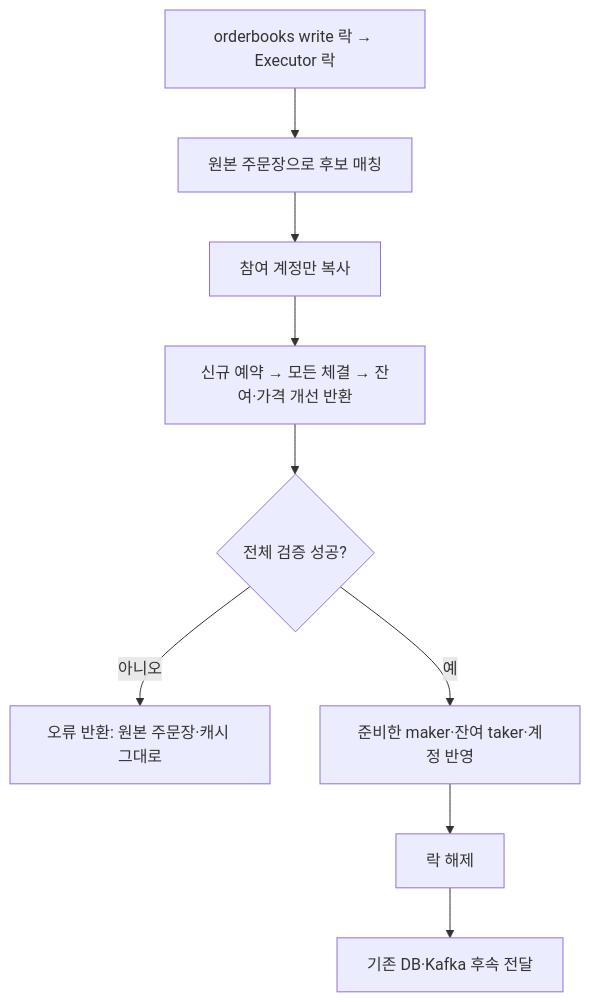
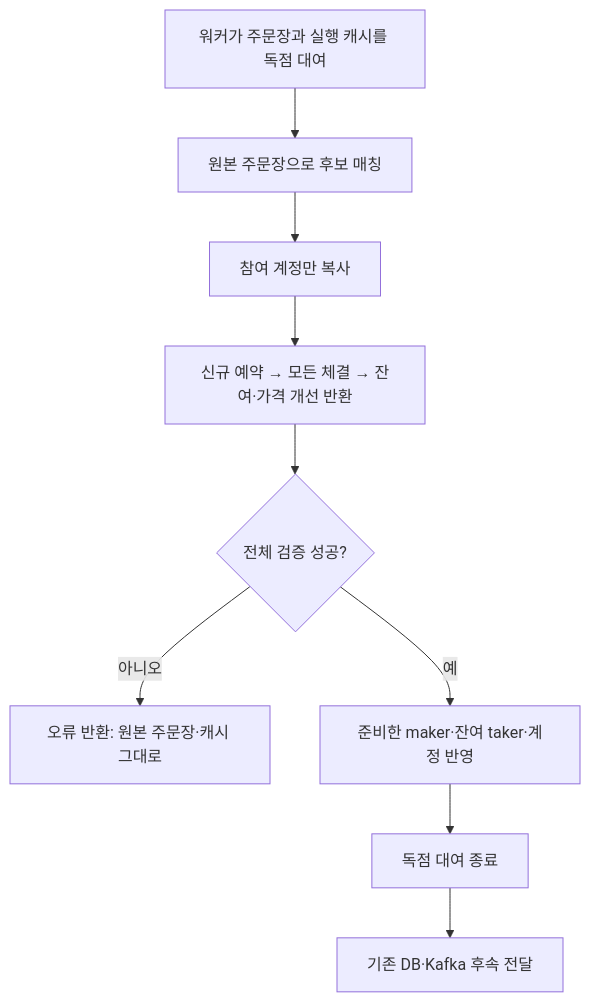
One commit to GiHoon1123/Cex-Engine changed the diagram in docs/decisions/006-atomic-order-memory-commit.md. Above: the diagram before and after it, drawn with Mermaid. The commit also changed other lines of this file and 3 other files, not shown here.

````diff
--- a/docs/decisions/006-atomic-order-memory-commit.md
+++ b/docs/decisions/006-atomic-order-memory-commit.md
@@ -35,11 +37,11 @@
 ```mermaid
 flowchart TD
-    A[orderbooks write 락 → Executor 락] --> B[원본 주문장으로 후보 매칭]
+    A[워커가 주문장과 실행 캐시를 독점 대여] --> B[원본 주문장으로 후보 매칭]
     B --> C[참여 계정만 복사]
     C --> D[신규 예약 → 모든 체결 → 잔여·가격 개선 반환]
     D --> E{전체 검증 성공?}
     E -->|아니오| F[오류 반환: 원본 주문장·캐시 그대로]
     E -->|예| G[준비한 maker·잔여 taker·계정 반영]
-    G --> H[락 해제]
+    G --> H[독점 대여 종료]
     H --> I[기존 DB·Kafka 후속 전달]
 ```
````
